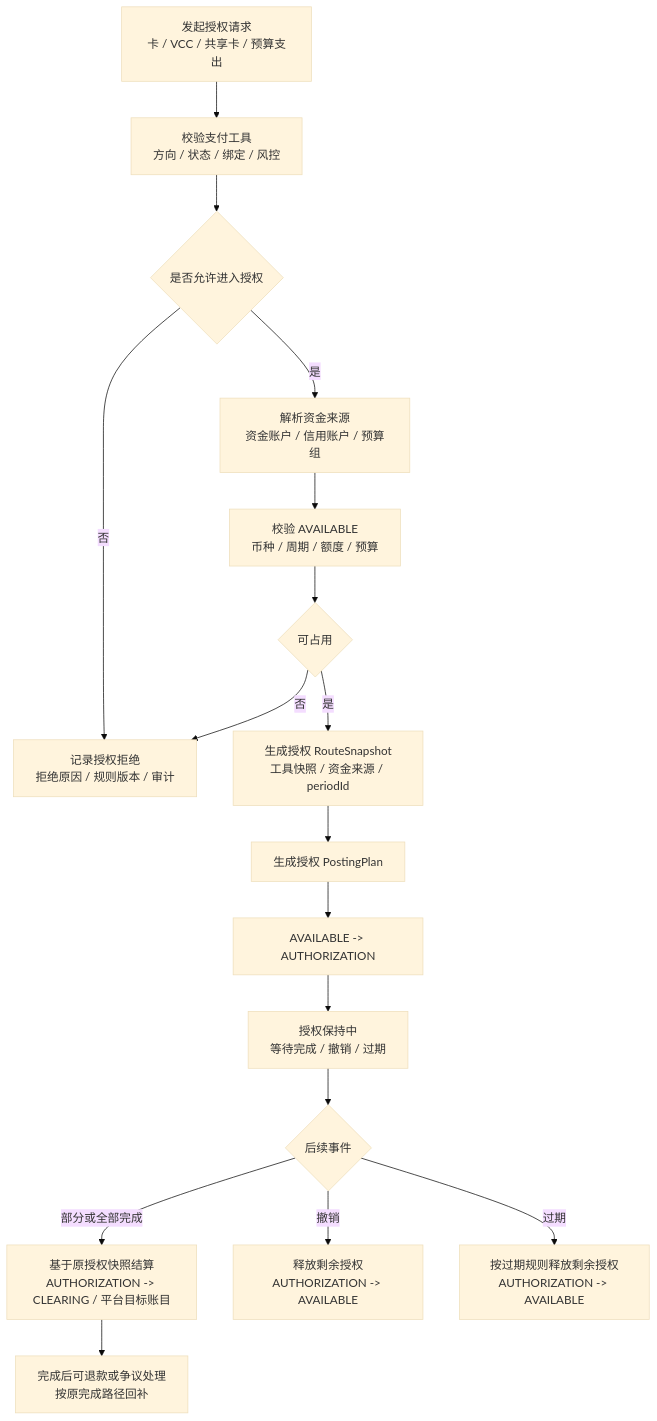
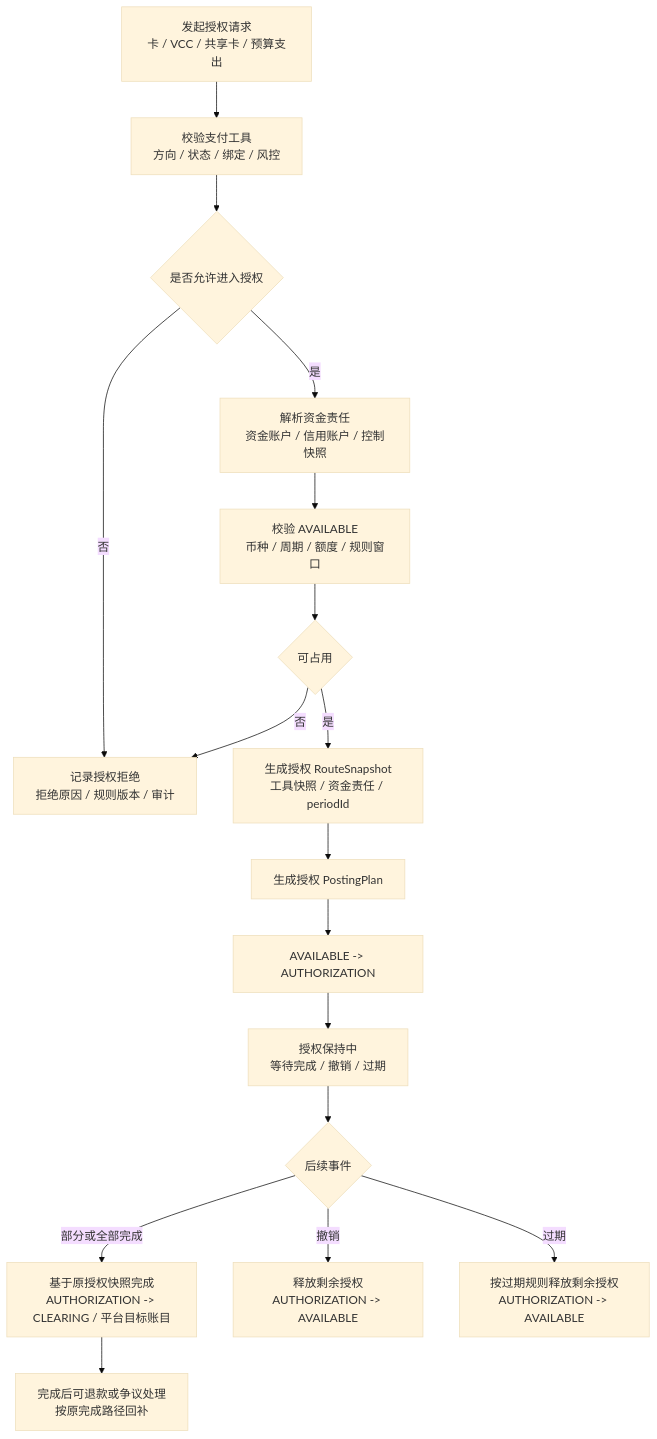
One commit to fengwuxp/wind-funds changed diagram 12 of 22 in docs/产品设计/02-交易路由钱包账目与投影.md. Above: the diagram before and after it, drawn with Mermaid (base theme). The commit also changed other lines of this file and 39 other files, not shown here.

````diff
--- a/docs/产品设计/02-交易路由钱包账目与投影.md
+++ b/docs/产品设计/02-交易路由钱包账目与投影.md
@@ -872,19 +885,19 @@
 ```mermaid
 flowchart TD
     A["发起授权请求\n卡 / VCC / 共享卡 / 预算支出"] --> B["校验支付工具\n方向 / 状态 / 绑定 / 风控"]
     B --> C{"是否允许进入授权"}
     C -- "否" --> D["记录授权拒绝\n拒绝原因 / 规则版本 / 审计"]
-    C -- "是" --> E["解析资金来源\n资金账户 / 信用账户 / 预算组"]
-    E --> F["校验 AVAILABLE\n币种 / 周期 / 额度 / 预算"]
+    C -- "是" --> E["解析资金责任\n资金账户 / 信用账户 / 控制快照"]
+    E --> F["校验 AVAILABLE\n币种 / 周期 / 额度 / 规则窗口"]
     F --> G{"可占用"}
     G -- "否" --> D
-    G -- "是" --> H["生成授权 RouteSnapshot\n工具快照 / 资金来源 / periodId"]
+    G -- "是" --> H["生成授权 RouteSnapshot\n工具快照 / 资金责任 / periodId"]
     H --> I["生成授权 PostingPlan"]
     I --> J["AVAILABLE -> AUTHORIZATION"]
     J --> K["授权保持中\n等待完成 / 撤销 / 过期"]
     K --> L{"后续事件"}
-    L -- "部分或全部完成" --> M["基于原授权快照结算\nAUTHORIZATION -> CLEARING / 平台目标账目"]
+    L -- "部分或全部完成" --> M["基于原授权快照完成\nAUTHORIZATION -> CLEARING / 平台目标账目"]
     L -- "撤销" --> N["释放剩余授权\nAUTHORIZATION -> AVAILABLE"]
     L -- "过期" --> O["按过期规则释放剩余授权\nAUTHORIZATION -> AVAILABLE"]
     M --> P["完成后可退款或争议处理\n按原完成路径回补"]
 ```
````
